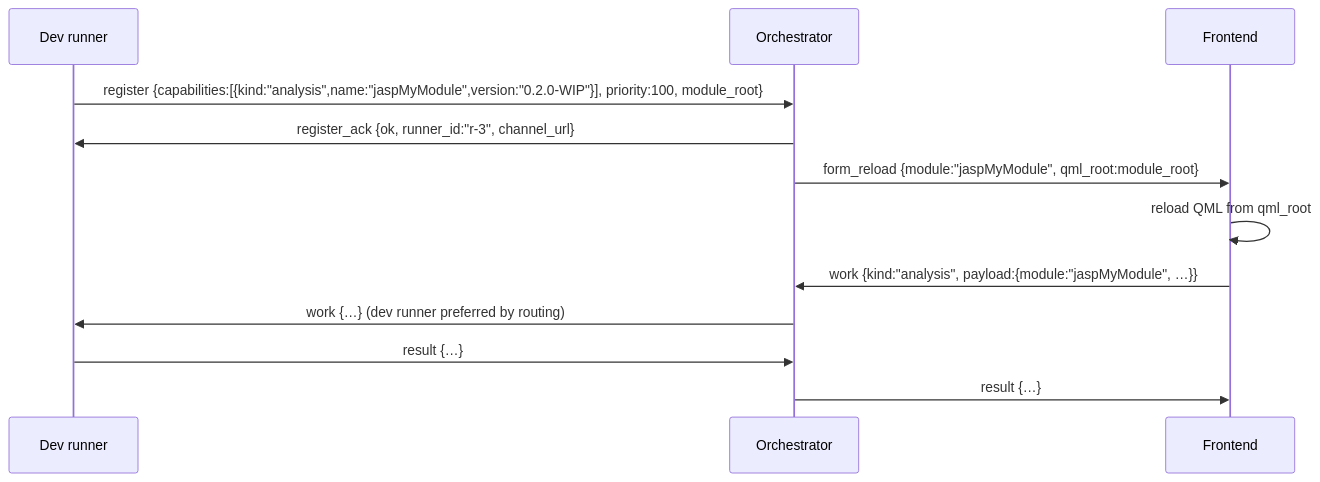
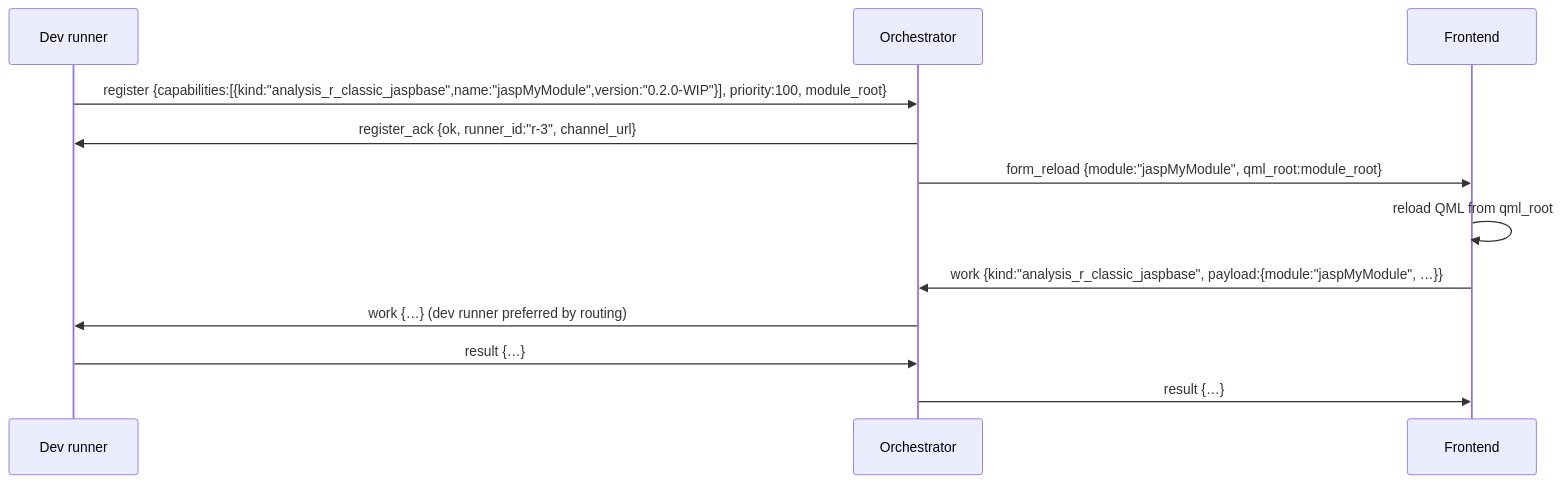
Before and after one commit to RensDofferhoff/jasp-desktop: diagram 14 of 14 in refactor_design/neo-jasp.md, drawn with Mermaid. The commit also changed other lines of this file and 19 other files, not shown here.

````diff
--- a/refactor_design/neo-jasp.md
+++ b/refactor_design/neo-jasp.md
@@ -2934,15 +2934,15 @@
 ```mermaid
 sequenceDiagram
     participant DEV as Dev runner
     participant OR as Orchestrator
     participant FE as Frontend
 
-    DEV->>OR: register {capabilities:[{kind:"analysis",name:"jaspMyModule",version:"0.2.0-WIP"}], priority:100, module_root}
+    DEV->>OR: register {capabilities:[{kind:"analysis_r_classic_jaspbase",name:"jaspMyModule",version:"0.2.0-WIP"}], priority:100, module_root}
     OR->>DEV: register_ack {ok, runner_id:"r-3", channel_url}
     OR->>FE: form_reload {module:"jaspMyModule", qml_root:module_root}
     FE->>FE: reload QML from qml_root
-    FE->>OR: work {kind:"analysis", payload:{module:"jaspMyModule", …}}
+    FE->>OR: work {kind:"analysis_r_classic_jaspbase", payload:{module:"jaspMyModule", …}}
     OR->>DEV: work {…}   (dev runner preferred by routing)
     DEV->>OR: result {…}
     OR->>FE: result {…}
 ```
````
